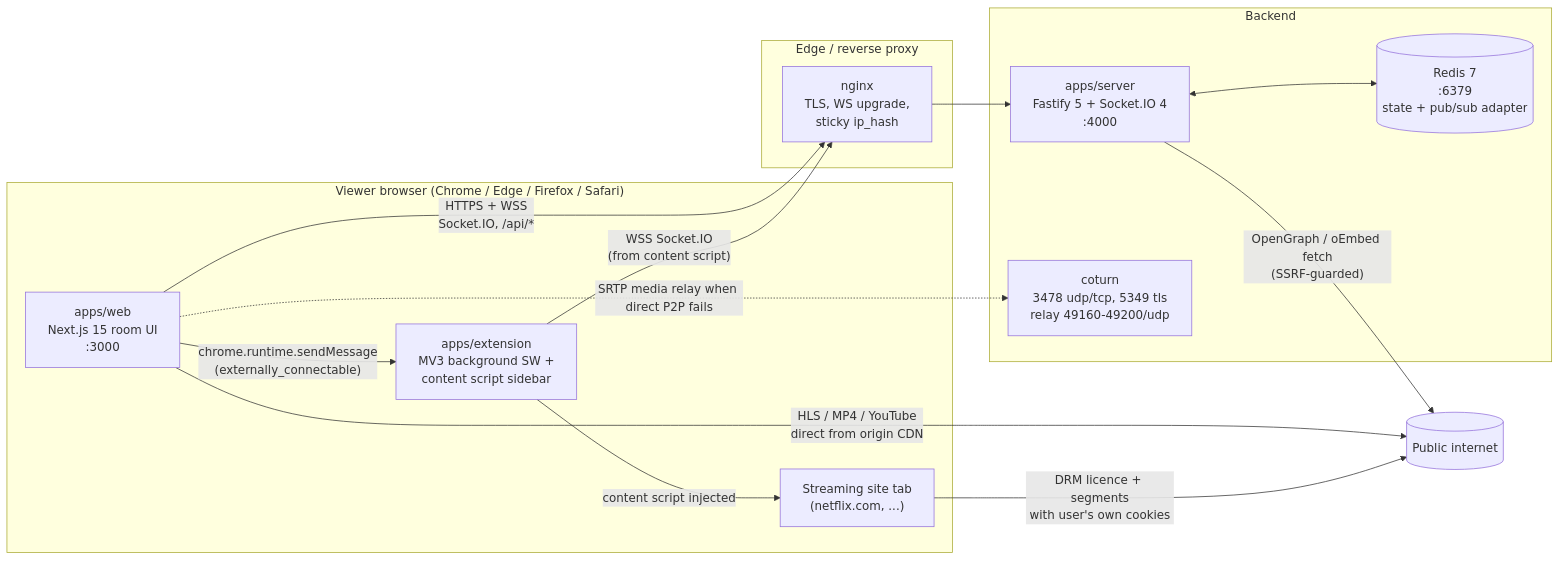
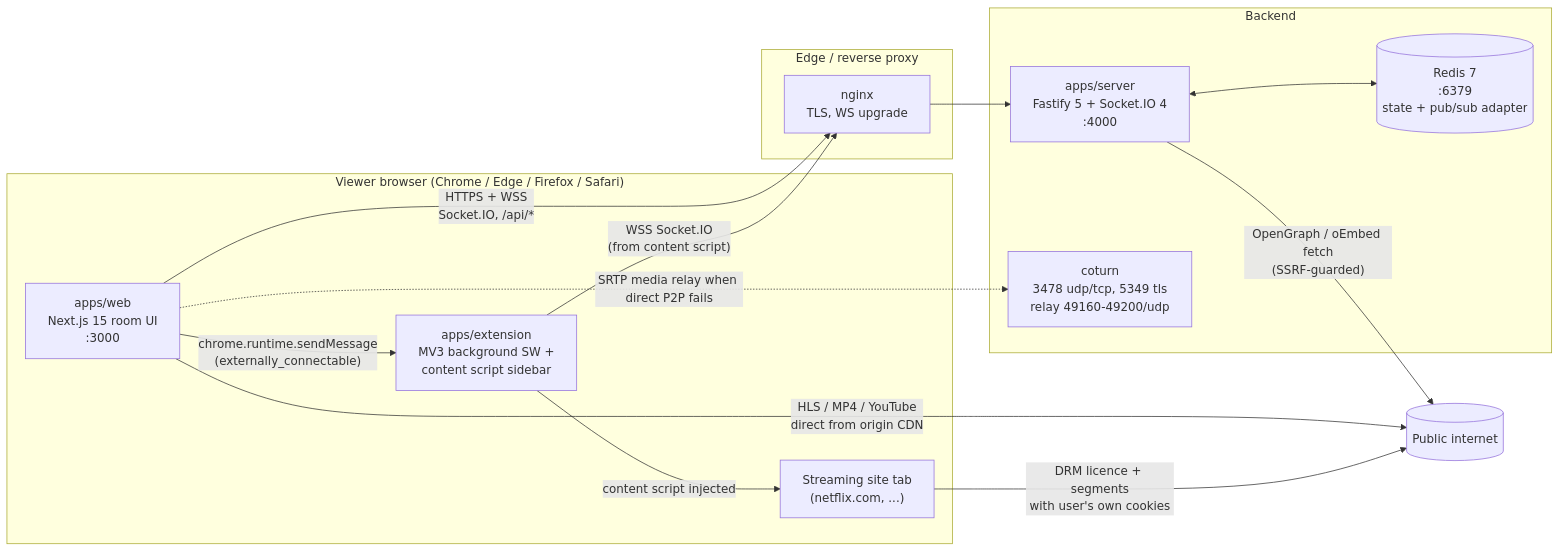
One commit to beginToCode-1/watchparty changed the first of 10 diagrams in docs/ARCHITECTURE.md. Above: the diagram before and after it, drawn with Mermaid. The commit also changed other lines of this file and 58 other files, not shown here.

````diff
--- a/docs/ARCHITECTURE.md
+++ b/docs/ARCHITECTURE.md
@@ -40,29 +40,29 @@
 ```mermaid
 flowchart LR
   subgraph Browser_Viewer["Viewer browser (Chrome / Edge / Firefox / Safari)"]
     WEB["apps/web<br/>Next.js 15 room UI<br/>:3000"]
     EXT["apps/extension<br/>MV3 background SW +<br/>content script sidebar"]
     SITE["Streaming site tab<br/>(netflix.com, ...)"]
     EXT -- "content script injected" --> SITE
     WEB -- "chrome.runtime.sendMessage<br/>(externally_connectable)" --> EXT
   end
 
   subgraph Edge["Edge / reverse proxy"]
-    NGINX["nginx<br/>TLS, WS upgrade,<br/>sticky ip_hash"]
+    NGINX["nginx<br/>TLS, WS upgrade"]
   end
 
   subgraph Backend["Backend"]
     API["apps/server<br/>Fastify 5 + Socket.IO 4<br/>:4000"]
     REDIS[("Redis 7<br/>:6379<br/>state + pub/sub adapter")]
     TURN["coturn<br/>3478 udp/tcp, 5349 tls<br/>relay 49160-49200/udp"]
   end
 
   WEB -- "HTTPS + WSS<br/>Socket.IO, /api/*" --> NGINX
   EXT -- "WSS Socket.IO<br/>(from content script)" --> NGINX
   NGINX --> API
   API <--> REDIS
   WEB -.->|"SRTP media relay when direct P2P fails"| TURN
   API -- "OpenGraph / oEmbed fetch<br/>(SSRF-guarded)" --> INTERNET[("Public internet")]
   WEB -- "HLS / MP4 / YouTube<br/>direct from origin CDN" --> INTERNET
   SITE -- "DRM licence + segments<br/>with user's own cookies" --> INTERNET
 ```
````
